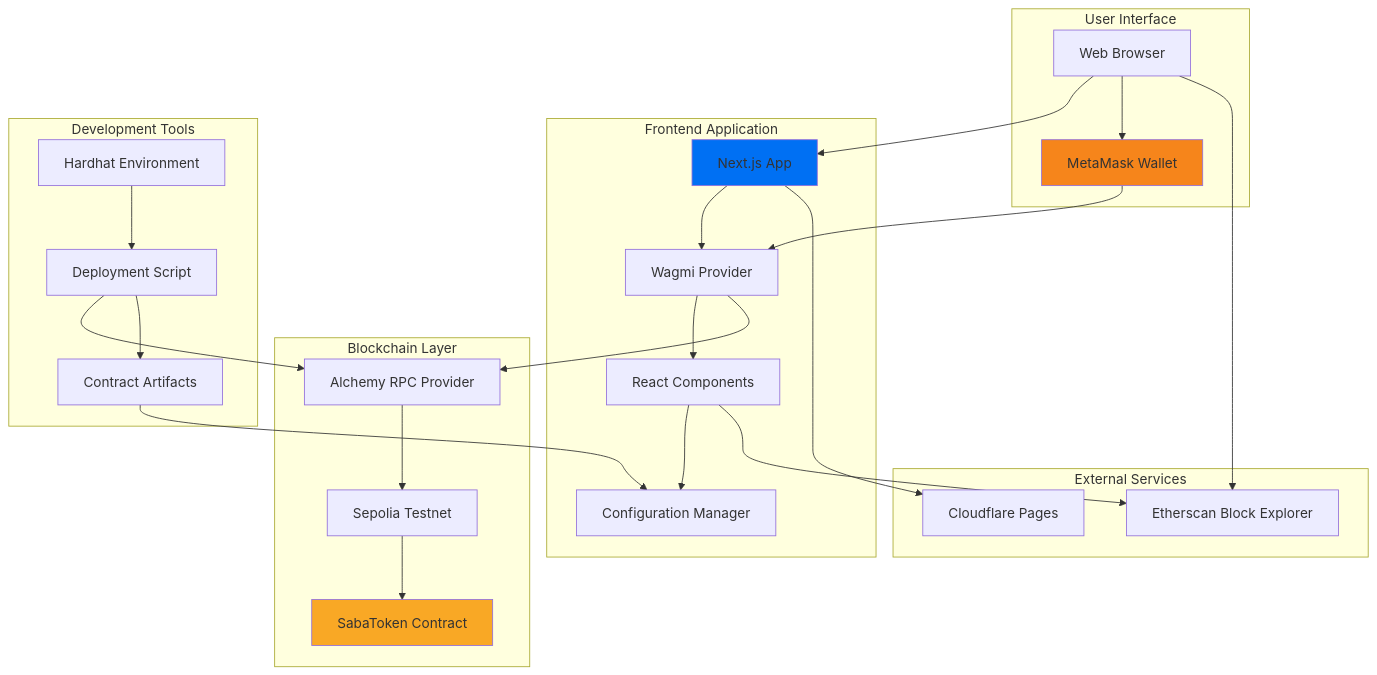
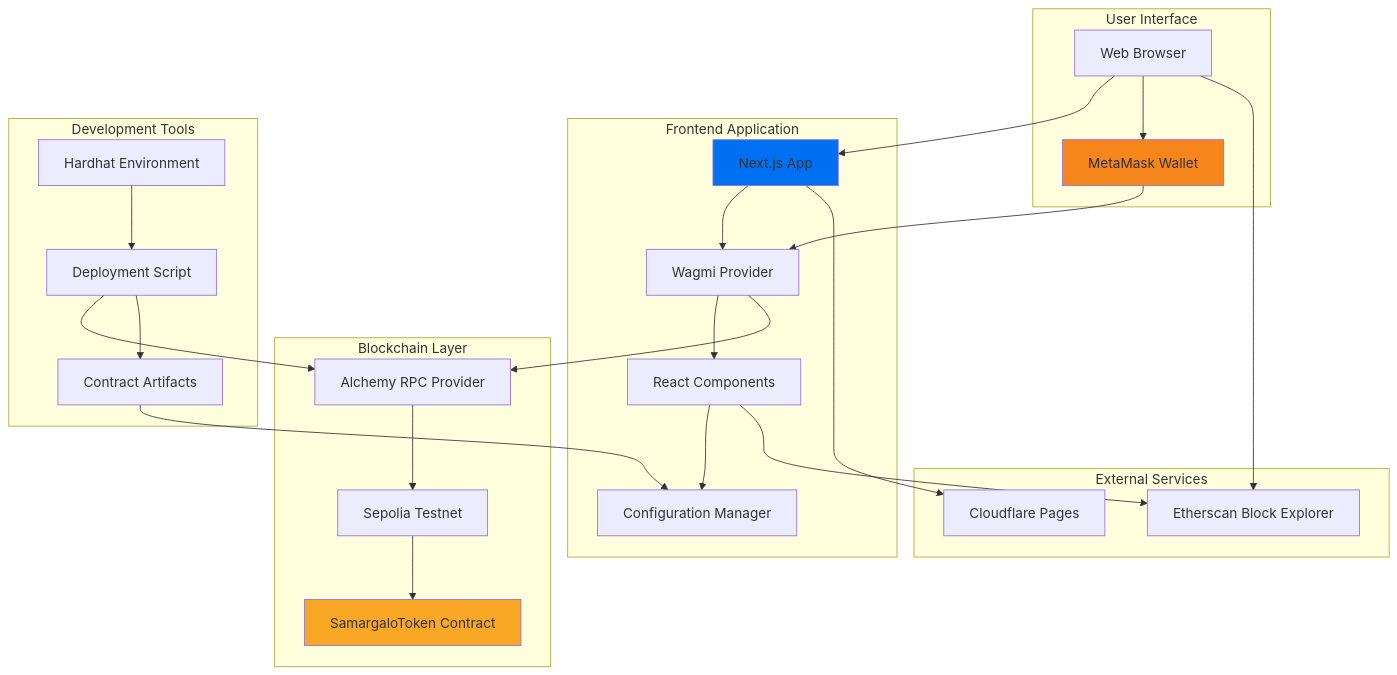
One commit to Sabakhvichia1/ERC20Token changed the first of 2 diagrams in .kiro/specs/erc20-token-platform/design.md. Above: the diagram before and after it, drawn with Mermaid. The commit also changed other lines of this file and 32 other files, not shown here.

````diff
--- a/.kiro/specs/erc20-token-platform/design.md
+++ b/.kiro/specs/erc20-token-platform/design.md
@@ -42,54 +42,54 @@
 ```mermaid
 graph TB
     subgraph "User Interface"
         Browser[Web Browser]
         MetaMask[MetaMask Wallet]
     end
     
     subgraph "Frontend Application"
         NextApp[Next.js App]
         WagmiProvider[Wagmi Provider]
         Components[React Components]
         Config[Configuration Manager]
     end
     
     subgraph "Blockchain Layer"
         Alchemy[Alchemy RPC Provider]
         Sepolia[Sepolia Testnet]
-        SabaToken[SabaToken Contract]
+        SamargaloToken[SamargaloToken Contract]
     end
     
     subgraph "Development Tools"
         Hardhat[Hardhat Environment]
         DeployScript[Deployment Script]
         Artifacts[Contract Artifacts]
     end
     
     subgraph "External Services"
         Etherscan[Etherscan Block Explorer]
         Cloudflare[Cloudflare Pages]
     end
     
     Browser --> NextApp
     Browser --> MetaMask
     MetaMask --> WagmiProvider
     NextApp --> WagmiProvider
     WagmiProvider --> Components
     Components --> Config
     WagmiProvider --> Alchemy
     Alchemy --> Sepolia
-    Sepolia --> SabaToken
+    Sepolia --> SamargaloToken
     
     Hardhat --> DeployScript
     DeployScript --> Alchemy
     DeployScript --> Artifacts
     Artifacts --> Config
     
     NextApp --> Cloudflare
     Browser --> Etherscan
     Components --> Etherscan
     
-    style SabaToken fill:#f9a825
+    style SamargaloToken fill:#f9a825
     style NextApp fill:#0070f3
     style MetaMask fill:#f6851b
 ```
````
